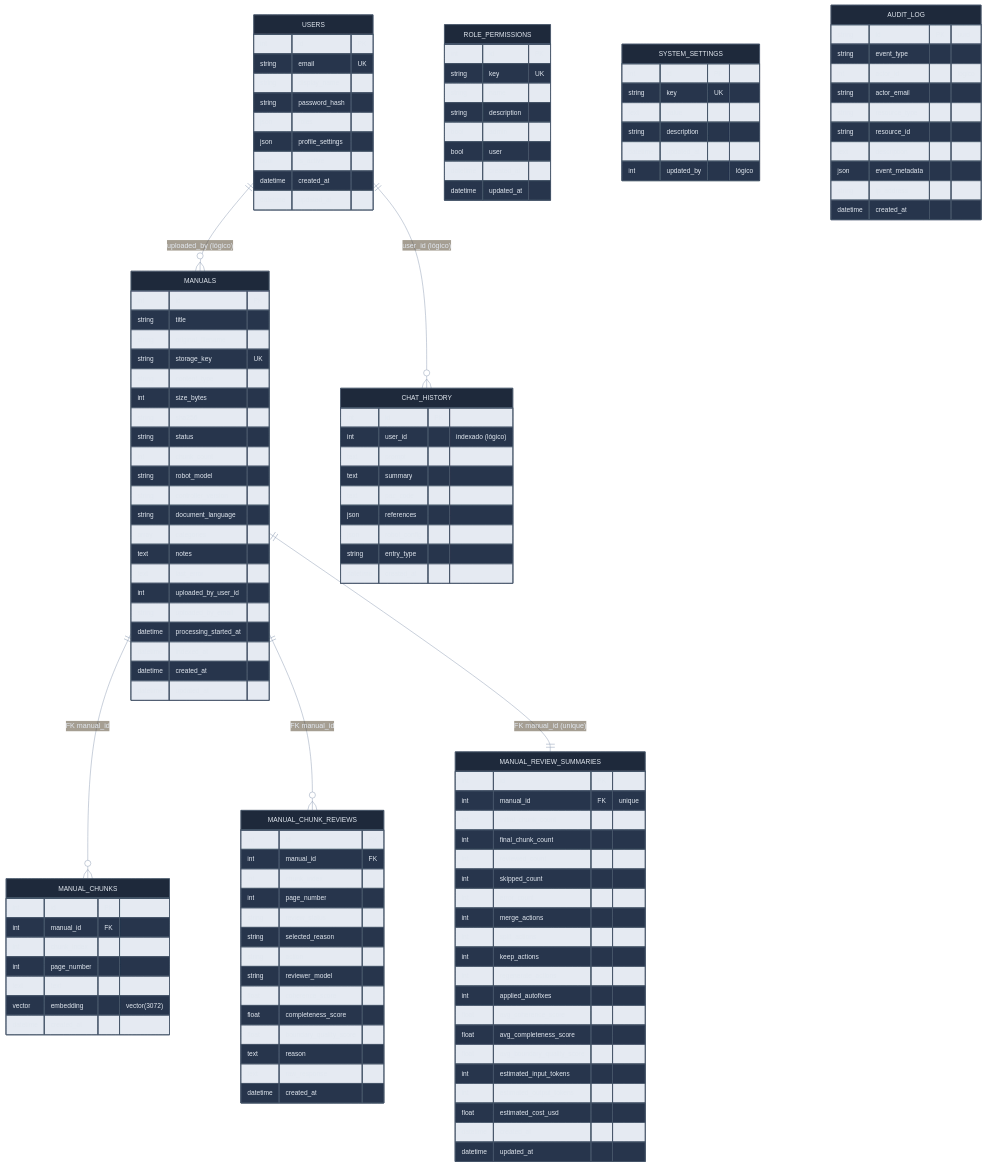
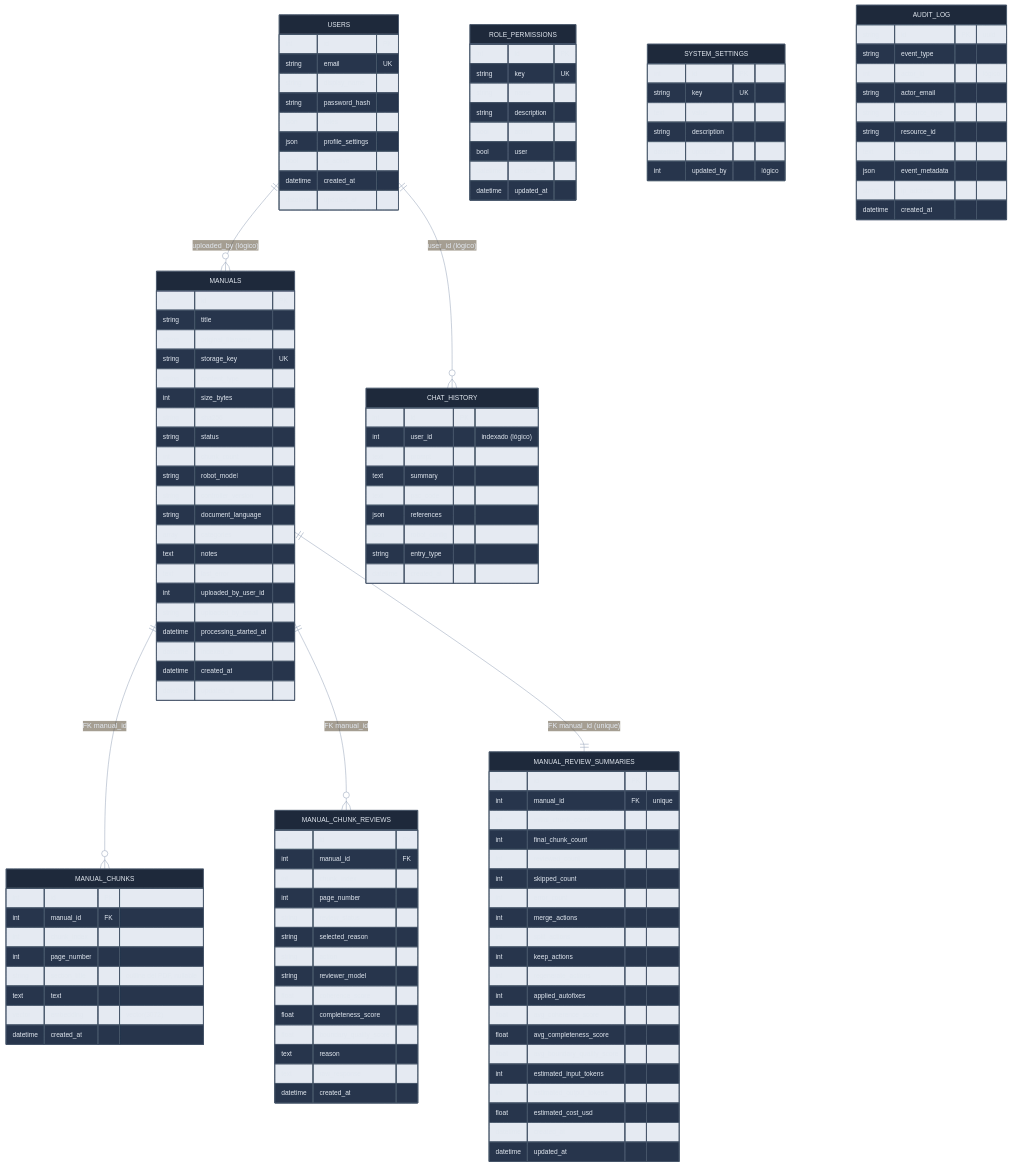
One commit to soviedos/rc7_programming_assistant changed the eighth of 8 diagrams in docs/architecture/ARCHITECTURE.md. Above: the diagram before and after it, drawn with Mermaid. The commit also changed other lines of this file and 25 other files, not shown here.

```diff
--- a/docs/architecture/ARCHITECTURE.md
+++ b/docs/architecture/ARCHITECTURE.md
@@ -342,6 +350,7 @@
         int manual_id FK
         int chunk_index
         int page_number
+        string section_title "outline del PDF, nullable"
         text text
         vector embedding "vector(3072)"
         datetime created_at
```
